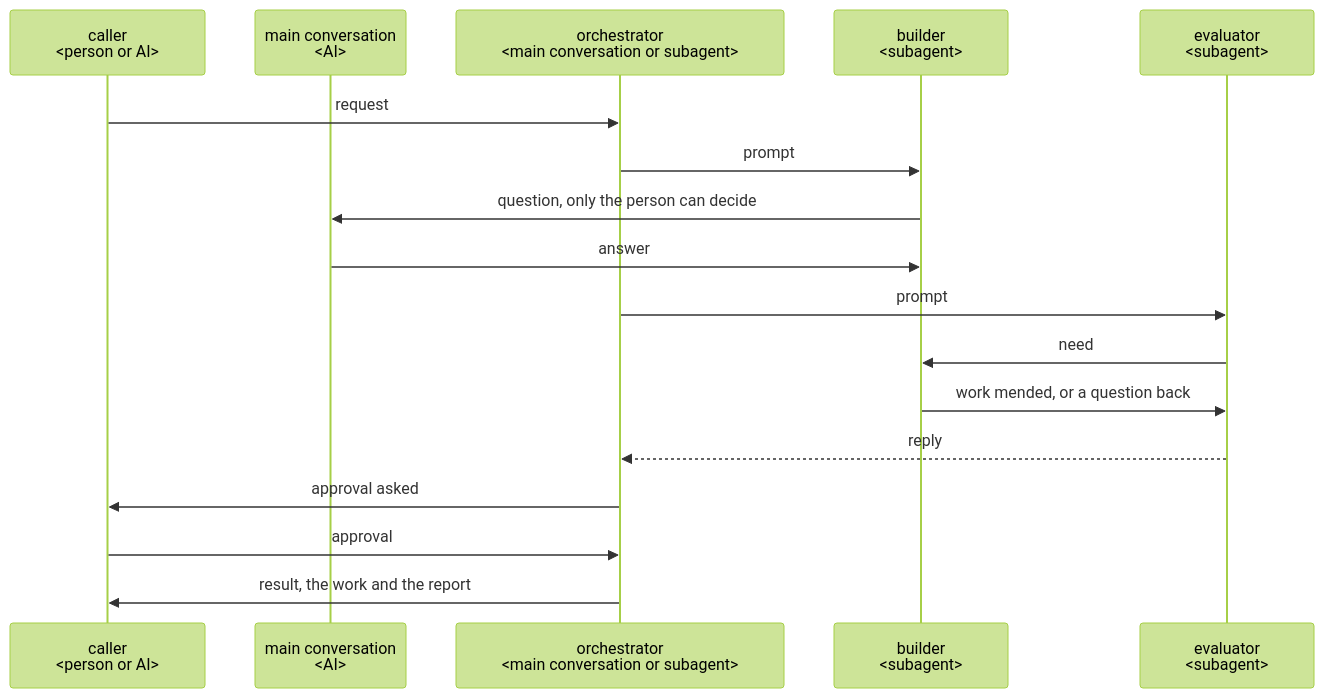
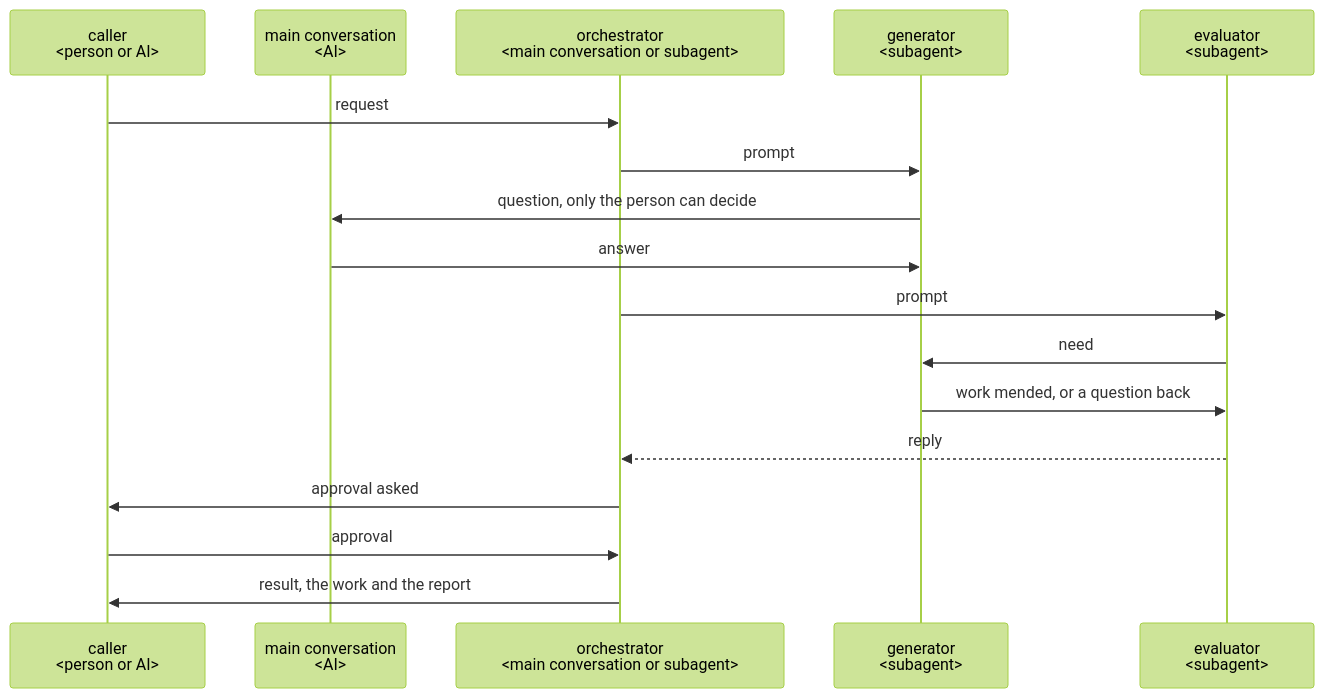
Before and after one commit to lovaizu/ccpm: the diagram in dev/plugin-best-practice.md, drawn with Mermaid (forest theme). The commit also changed other lines of this file and 45 other files, not shown here.

First line of the commit message:
turn: the role that makes the work from the design is generator, paired with evaluator as Anthropic's harness design names them, its result generated; whoever develops a plugin or a product is a developer, so builder no longer means two things

````diff
--- a/dev/plugin-best-practice.md
+++ b/dev/plugin-best-practice.md
@@ -308,19 +308,19 @@
 ```mermaid
 sequenceDiagram
   participant C as caller<br/>#lt;person or AI#gt;
   participant M as main conversation<br/>#lt;AI#gt;
   participant O as orchestrator<br/>#lt;main conversation or subagent#gt;
-  participant G as builder<br/>#lt;subagent#gt;
+  participant G as generator<br/>#lt;subagent#gt;
   participant R as evaluator<br/>#lt;subagent#gt;
   C->>O: request
   O->>G: prompt
   G->>M: question, only the person can decide
   M->>G: answer
   O->>R: prompt
   R->>G: need
   G->>R: work mended, or a question back
   R-->>O: reply
   O->>C: approval asked
   C->>O: approval
   O->>C: result, the work and the report
 ```
````
